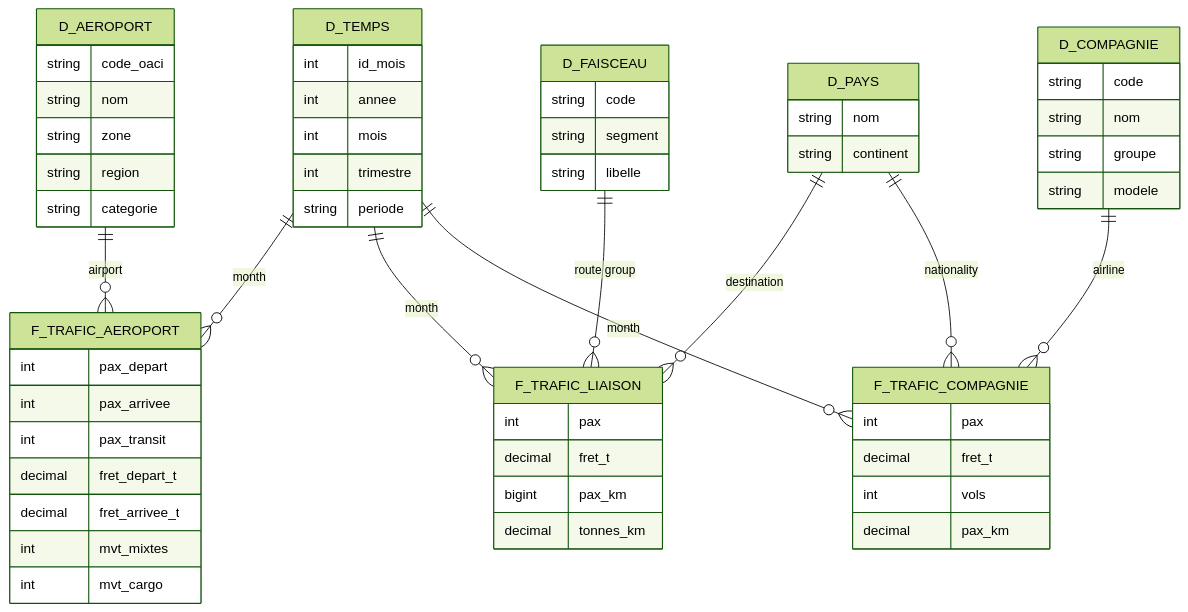
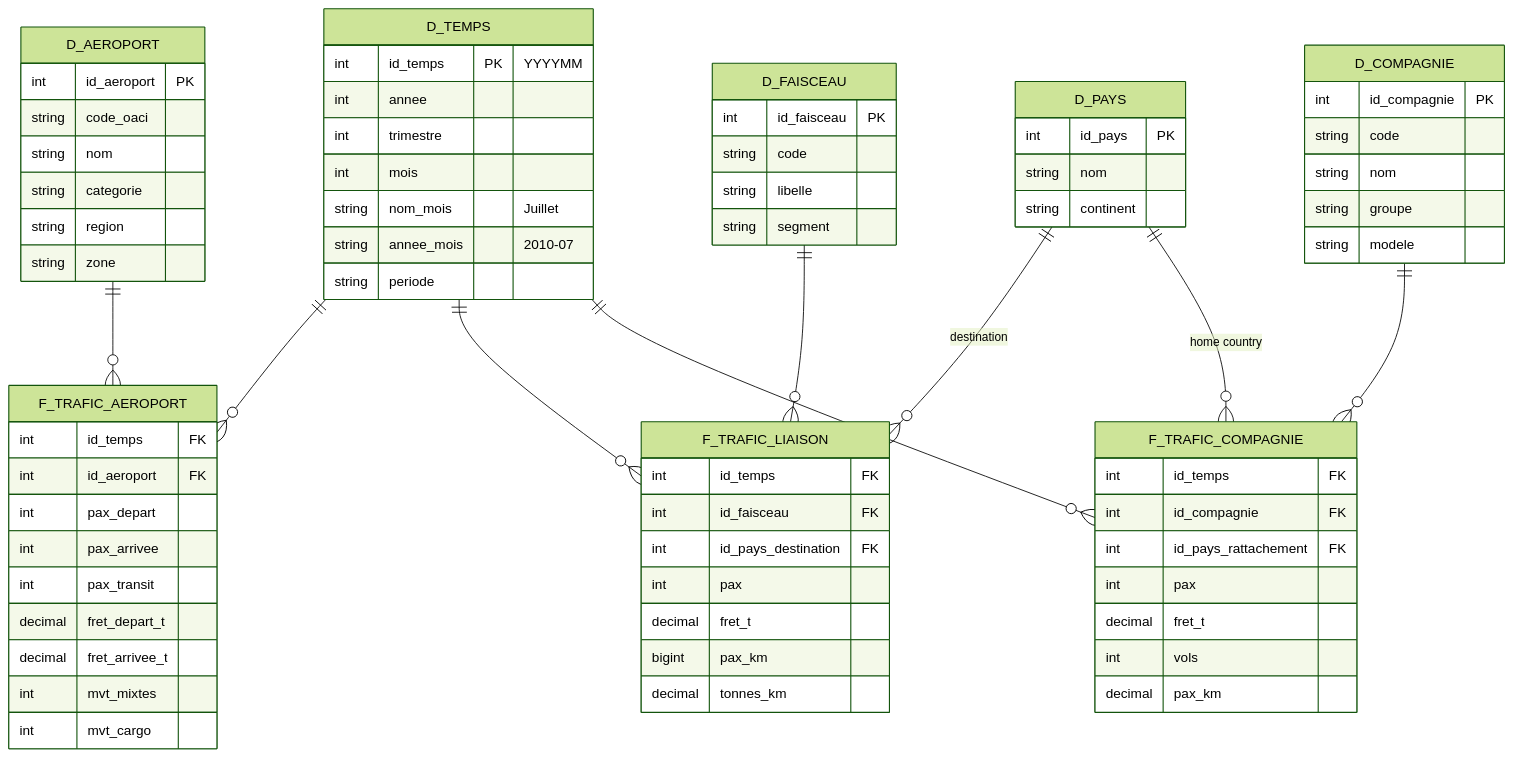
Before and after one commit to DANUTSHELL/PROJET-Dashboard-Trafic-Aerien-Commercial-Francais-par-Aeroport: the first of 2 diagrams in README.en.md, drawn with Mermaid (forest theme). The commit also changed other lines of this file and 2 other files, not shown here.

````diff
--- a/README.en.md
+++ b/README.en.md
@@ -55,62 +69,76 @@
 ```mermaid
 erDiagram
-    D_TEMPS ||--o{ F_TRAFIC_AEROPORT : "month"
-    D_TEMPS ||--o{ F_TRAFIC_LIAISON : "month"
-    D_TEMPS ||--o{ F_TRAFIC_COMPAGNIE : "month"
-    D_AEROPORT ||--o{ F_TRAFIC_AEROPORT : "airport"
-    D_FAISCEAU ||--o{ F_TRAFIC_LIAISON : "route group"
+    D_TEMPS ||--o{ F_TRAFIC_AEROPORT : ""
+    D_TEMPS ||--o{ F_TRAFIC_LIAISON : ""
+    D_TEMPS ||--o{ F_TRAFIC_COMPAGNIE : ""
+    D_AEROPORT ||--o{ F_TRAFIC_AEROPORT : ""
+    D_FAISCEAU ||--o{ F_TRAFIC_LIAISON : ""
     D_PAYS ||--o{ F_TRAFIC_LIAISON : "destination"
-    D_PAYS ||--o{ F_TRAFIC_COMPAGNIE : "nationality"
-    D_COMPAGNIE ||--o{ F_TRAFIC_COMPAGNIE : "airline"
+    D_PAYS ||--o{ F_TRAFIC_COMPAGNIE : "home country"
+    D_COMPAGNIE ||--o{ F_TRAFIC_COMPAGNIE : ""
 
     F_TRAFIC_AEROPORT {
+        int id_temps FK
+        int id_aeroport FK
         int pax_depart
         int pax_arrivee
         int pax_transit
         decimal fret_depart_t
         decimal fret_arrivee_t
         int mvt_mixtes
         int mvt_cargo
     }
     F_TRAFIC_LIAISON {
+        int id_temps FK
+        int id_faisceau FK
+        int id_pays_destination FK
         int pax
         decimal fret_t
         bigint pax_km
         decimal tonnes_km
     }
     F_TRAFIC_COMPAGNIE {
+        int id_temps FK
+        int id_compagnie FK
+        int id_pays_rattachement FK
         int pax
         decimal fret_t
         int vols
         decimal pax_km
     }
     D_TEMPS {
-        int id_mois
+        int id_temps PK "YYYYMM"
         int annee
+        int trimestre
         int mois
-        int trimestre
+        string nom_mois "Juillet"
+        string annee_mois "2010-07"
         string periode
     }
     D_AEROPORT {
+        int id_aeroport PK
         string code_oaci
         string nom
+        string categorie
+        string region
         string zone
-        string region
-        string categorie
     }
     D_FAISCEAU {
+        int id_faisceau PK
         string code
+        string libelle
         string segment
-        string libelle
     }
     D_PAYS {
+        int id_pays PK
         string nom
         string continent
     }
     D_COMPAGNIE {
+        int id_compagnie PK
         string code
         string nom
         string groupe
         string modele
     }
 ```
````
